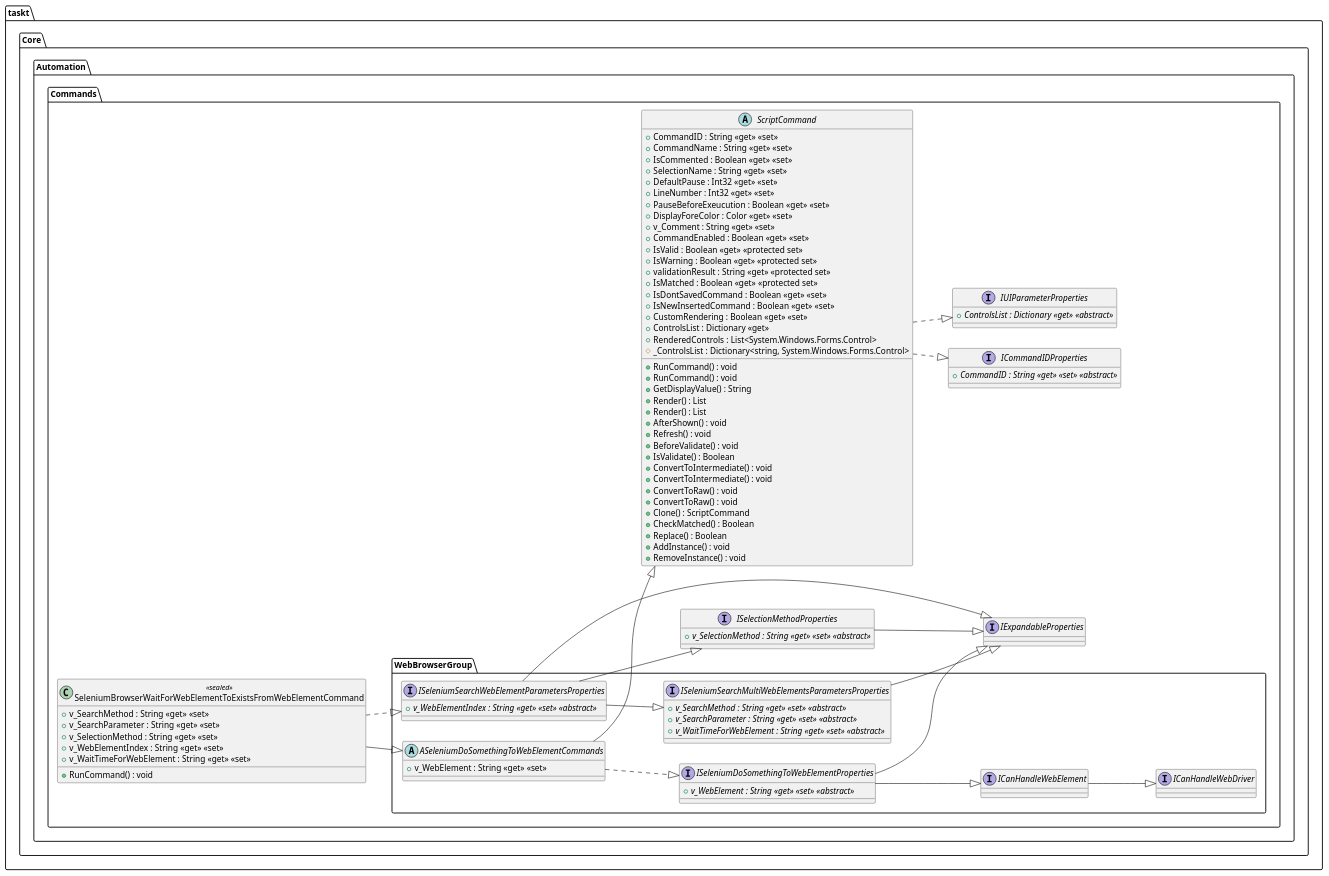
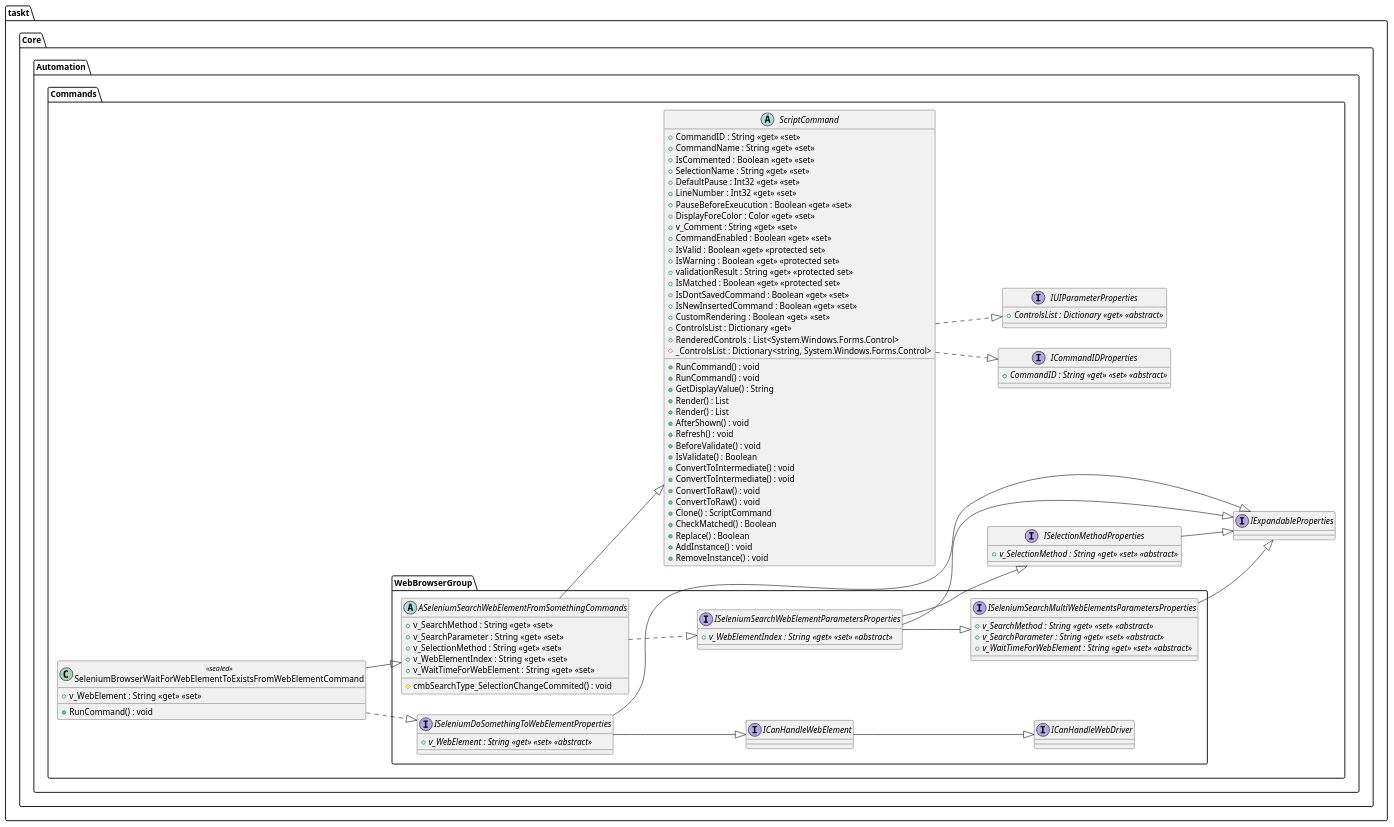
One commit to saucepleez/taskt changed the diagram in taskt/Core/Automation/Commands/WebBrowserGroup/SeleniumBrowserWaitForWebElementToExistsFromWebElementCommand.puml. Above: the diagram before and after it, drawn with PlantUML. The commit also changed 45 other files, not shown here.

```diff
--- a/taskt/Core/Automation/Commands/WebBrowserGroup/SeleniumBrowserWaitForWebElementToExistsFromWebElementCommand.puml
+++ b/taskt/Core/Automation/Commands/WebBrowserGroup/SeleniumBrowserWaitForWebElementToExistsFromWebElementCommand.puml
@@ -1,130 +1,131 @@
 @startuml
 left to right direction
 package "taskt.Core.Automation.Commands"{
 class "SeleniumBrowserWaitForWebElementToExistsFromWebElementCommand" <<sealed>> {
 +RunCommand() : void 
++v_WebElement : String <<get>> <<set>> 
+}
+}
+
+package "taskt.Core.Automation.Commands.WebBrowserGroup"{
+abstract class "ASeleniumSearchWebElementFromSomethingCommands"{
+#cmbSearchType_SelectionChangeCommited() : void 
 +v_SearchMethod : String <<get>> <<set>> 
 +v_SearchParameter : String <<get>> <<set>> 
 +v_SelectionMethod : String <<get>> <<set>> 
 +v_WebElementIndex : String <<get>> <<set>> 
 +v_WaitTimeForWebElement : String <<get>> <<set>> 
 }
 }
 
 package "taskt.Core.Automation.Commands.WebBrowserGroup"{
-abstract class "ASeleniumDoSomethingToWebElementCommands"{
-+v_WebElement : String <<get>> <<set>> 
-}
-}
-
-package "taskt.Core.Automation.Commands.WebBrowserGroup"{
-Interface "ISeleniumSearchWebElementParametersProperties" {
-+{abstract} v_WebElementIndex : String <<get>> <<set>> <<abstract>> 
+Interface "ISeleniumDoSomethingToWebElementProperties" {
++{abstract} v_WebElement : String <<get>> <<set>> <<abstract>> 
 }
 }
 
 package "taskt.Core.Automation.Commands"{
 abstract class "ScriptCommand"{
 +RunCommand() : void 
 +RunCommand() : void 
 +GetDisplayValue() : String
 +Render() : List
 +Render() : List
 +AfterShown() : void 
 +Refresh() : void 
 +BeforeValidate() : void 
 +IsValidate() : Boolean
 +ConvertToIntermediate() : void 
 +ConvertToIntermediate() : void 
 +ConvertToRaw() : void 
 +ConvertToRaw() : void 
 +Clone() : ScriptCommand
 +CheckMatched() : Boolean
 +Replace() : Boolean
 +AddInstance() : void 
 +RemoveInstance() : void 
 +CommandID : String <<get>> <<set>> 
 +CommandName : String <<get>> <<set>> 
 +IsCommented : Boolean <<get>> <<set>> 
 +SelectionName : String <<get>> <<set>> 
 +DefaultPause : Int32 <<get>> <<set>> 
 +LineNumber : Int32 <<get>> <<set>> 
 +PauseBeforeExeucution : Boolean <<get>> <<set>> 
 +DisplayForeColor : Color <<get>> <<set>> 
 +v_Comment : String <<get>> <<set>> 
 +CommandEnabled : Boolean <<get>> <<set>> 
 +IsValid : Boolean <<get>> <<protected set>>
 +IsWarning : Boolean <<get>> <<protected set>>
 +validationResult : String <<get>> <<protected set>>
 +IsMatched : Boolean <<get>> <<protected set>>
 +IsDontSavedCommand : Boolean <<get>> <<set>> 
 +IsNewInsertedCommand : Boolean <<get>> <<set>> 
 +CustomRendering : Boolean <<get>> <<set>> 
 +ControlsList : Dictionary <<get>> 
 +RenderedControls : List<System.Windows.Forms.Control>
 #_ControlsList : Dictionary<string, System.Windows.Forms.Control>
 }
 }
 
 package "taskt.Core.Automation.Commands.WebBrowserGroup"{
-Interface "ISeleniumDoSomethingToWebElementProperties" {
-+{abstract} v_WebElement : String <<get>> <<set>> <<abstract>> 
+Interface "ISeleniumSearchWebElementParametersProperties" {
++{abstract} v_WebElementIndex : String <<get>> <<set>> <<abstract>> 
 }
 }
 
 package "taskt.Core.Automation.Commands.WebBrowserGroup"{
-Interface "ISeleniumSearchMultiWebElementsParametersProperties" {
-+{abstract} v_SearchMethod : String <<get>> <<set>> <<abstract>> 
-+{abstract} v_SearchParameter : String <<get>> <<set>> <<abstract>> 
-+{abstract} v_WaitTimeForWebElement : String <<get>> <<set>> <<abstract>> 
-}
-}
-
-package "taskt.Core.Automation.Commands"{
-Interface "ISelectionMethodProperties" {
-+{abstract} v_SelectionMethod : String <<get>> <<set>> <<abstract>> 
+Interface "ICanHandleWebElement" {
 }
 }
 
 package "taskt.Core.Automation.Commands"{
 Interface "IExpandableProperties" {
 }
 }
 
 package "taskt.Core.Automation.Commands"{
 Interface "IUIParameterProperties" {
 +{abstract} ControlsList : Dictionary <<get>> <<abstract>> 
 }
 }
 
 package "taskt.Core.Automation.Commands"{
 Interface "ICommandIDProperties" {
 +{abstract} CommandID : String <<get>> <<set>> <<abstract>> 
 }
 }
 
 package "taskt.Core.Automation.Commands.WebBrowserGroup"{
-Interface "ICanHandleWebElement" {
+Interface "ISeleniumSearchMultiWebElementsParametersProperties" {
++{abstract} v_SearchMethod : String <<get>> <<set>> <<abstract>> 
++{abstract} v_SearchParameter : String <<get>> <<set>> <<abstract>> 
++{abstract} v_WaitTimeForWebElement : String <<get>> <<set>> <<abstract>> 
+}
+}
+
+package "taskt.Core.Automation.Commands"{
+Interface "ISelectionMethodProperties" {
++{abstract} v_SelectionMethod : String <<get>> <<set>> <<abstract>> 
 }
 }
 
 package "taskt.Core.Automation.Commands.WebBrowserGroup"{
 Interface "ICanHandleWebDriver" {
 }
 }
 
-taskt.Core.Automation.Commands.SeleniumBrowserWaitForWebElementToExistsFromWebElementCommand --|> taskt.Core.Automation.Commands.WebBrowserGroup.ASeleniumDoSomethingToWebElementCommands
-taskt.Core.Automation.Commands.SeleniumBrowserWaitForWebElementToExistsFromWebElementCommand ..|> taskt.Core.Automation.Commands.WebBrowserGroup.ISeleniumSearchWebElementParametersProperties
-taskt.Core.Automation.Commands.WebBrowserGroup.ASeleniumDoSomethingToWebElementCommands --|> taskt.Core.Automation.Commands.ScriptCommand
-taskt.Core.Automation.Commands.WebBrowserGroup.ASeleniumDoSomethingToWebElementCommands ..|> taskt.Core.Automation.Commands.WebBrowserGroup.ISeleniumDoSomethingToWebElementProperties
+taskt.Core.Automation.Commands.SeleniumBrowserWaitForWebElementToExistsFromWebElementCommand --|> taskt.Core.Automation.Commands.WebBrowserGroup.ASeleniumSearchWebElementFromSomethingCommands
+taskt.Core.Automation.Commands.SeleniumBrowserWaitForWebElementToExistsFromWebElementCommand ..|> taskt.Core.Automation.Commands.WebBrowserGroup.ISeleniumDoSomethingToWebElementProperties
+taskt.Core.Automation.Commands.WebBrowserGroup.ASeleniumSearchWebElementFromSomethingCommands --|> taskt.Core.Automation.Commands.ScriptCommand
+taskt.Core.Automation.Commands.WebBrowserGroup.ASeleniumSearchWebElementFromSomethingCommands ..|> taskt.Core.Automation.Commands.WebBrowserGroup.ISeleniumSearchWebElementParametersProperties
+taskt.Core.Automation.Commands.WebBrowserGroup.ISeleniumDoSomethingToWebElementProperties --|> taskt.Core.Automation.Commands.WebBrowserGroup.ICanHandleWebElement
+taskt.Core.Automation.Commands.WebBrowserGroup.ISeleniumDoSomethingToWebElementProperties --|> taskt.Core.Automation.Commands.IExpandableProperties
+taskt.Core.Automation.Commands.ScriptCommand ..|> taskt.Core.Automation.Commands.IUIParameterProperties
+taskt.Core.Automation.Commands.ScriptCommand ..|> taskt.Core.Automation.Commands.ICommandIDProperties
 taskt.Core.Automation.Commands.WebBrowserGroup.ISeleniumSearchWebElementParametersProperties --|> taskt.Core.Automation.Commands.WebBrowserGroup.ISeleniumSearchMultiWebElementsParametersProperties
 taskt.Core.Automation.Commands.WebBrowserGroup.ISeleniumSearchWebElementParametersProperties --|> taskt.Core.Automation.Commands.ISelectionMethodProperties
 taskt.Core.Automation.Commands.WebBrowserGroup.ISeleniumSearchWebElementParametersProperties --|> taskt.Core.Automation.Commands.IExpandableProperties
-taskt.Core.Automation.Commands.ScriptCommand ..|> taskt.Core.Automation.Commands.IUIParameterProperties
-taskt.Core.Automation.Commands.ScriptCommand ..|> taskt.Core.Automation.Commands.ICommandIDProperties
-taskt.Core.Automation.Commands.WebBrowserGroup.ISeleniumDoSomethingToWebElementProperties --|> taskt.Core.Automation.Commands.WebBrowserGroup.ICanHandleWebElement
-taskt.Core.Automation.Commands.WebBrowserGroup.ISeleniumDoSomethingToWebElementProperties --|> taskt.Core.Automation.Commands.IExpandableProperties
+taskt.Core.Automation.Commands.WebBrowserGroup.ICanHandleWebElement --|> taskt.Core.Automation.Commands.WebBrowserGroup.ICanHandleWebDriver
 taskt.Core.Automation.Commands.WebBrowserGroup.ISeleniumSearchMultiWebElementsParametersProperties --|> taskt.Core.Automation.Commands.IExpandableProperties
 taskt.Core.Automation.Commands.ISelectionMethodProperties --|> taskt.Core.Automation.Commands.IExpandableProperties
-taskt.Core.Automation.Commands.WebBrowserGroup.ICanHandleWebElement --|> taskt.Core.Automation.Commands.WebBrowserGroup.ICanHandleWebDriver
 @enduml
```
